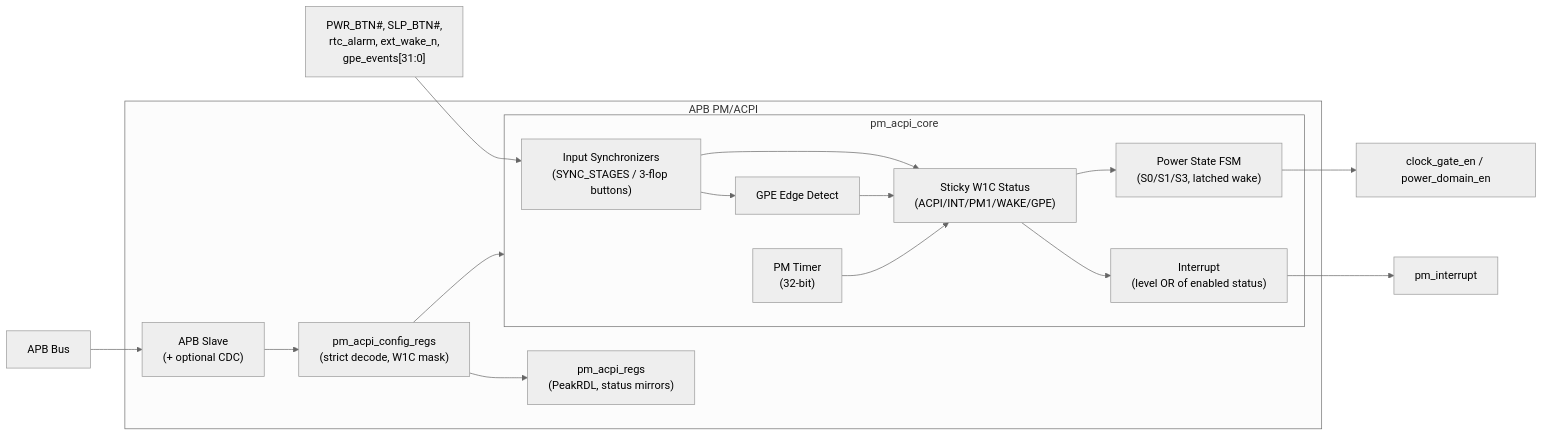
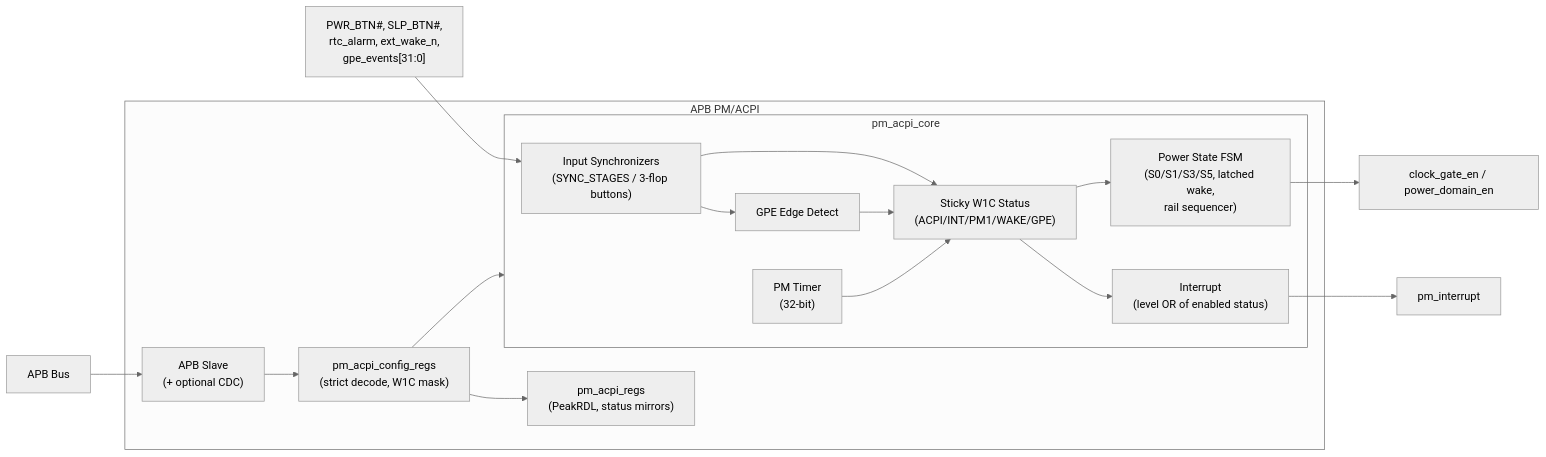
One commit to sean-galloway/RTLDesignSherpa changed the diagram in projects/components/retro_legacy_blocks/docs/pm_acpi_mas/assets/mermaid/pm_acpi_block_diagram.mmd. Above: the diagram before and after it, drawn with Mermaid. The commit also changed 30 other files, not shown here.

```diff
--- a/projects/components/retro_legacy_blocks/docs/pm_acpi_mas/assets/mermaid/pm_acpi_block_diagram.mmd
+++ b/projects/components/retro_legacy_blocks/docs/pm_acpi_mas/assets/mermaid/pm_acpi_block_diagram.mmd
@@ -1,31 +1,31 @@
 %%{init: {'theme': 'neutral'}}%%
 flowchart LR
     subgraph APB_PM["APB PM/ACPI"]
         APB["APB Slave<br/>(+ optional CDC)"]
         CFG["pm_acpi_config_regs<br/>(strict decode, W1C mask)"]
         REGS["pm_acpi_regs<br/>(PeakRDL, status mirrors)"]
 
         subgraph CORE["pm_acpi_core"]
             SYNC["Input Synchronizers<br/>(SYNC_STAGES / 3-flop buttons)"]
             STS["Sticky W1C Status<br/>(ACPI/INT/PM1/WAKE/GPE)"]
             TMR["PM Timer<br/>(32-bit)"]
             GPE["GPE Edge Detect"]
-            FSM["Power State FSM<br/>(S0/S1/S3, latched wake)"]
+            FSM["Power State FSM<br/>(S0/S1/S3/S5, latched wake,<br/>rail sequencer)"]
             INT["Interrupt<br/>(level OR of enabled status)"]
         end
     end
 
     BUS["APB Bus"] --> APB
     APB --> CFG
     CFG --> REGS
     CFG --> CORE
 
     PINS["PWR_BTN#, SLP_BTN#,<br/>rtc_alarm, ext_wake_n,<br/>gpe_events[31:0]"] --> SYNC
     SYNC --> GPE
     SYNC --> STS
     GPE --> STS
     TMR --> STS
     STS --> FSM
     STS --> INT
     INT --> IRQ["pm_interrupt"]
     FSM --> PWR["clock_gate_en / power_domain_en"]
```
